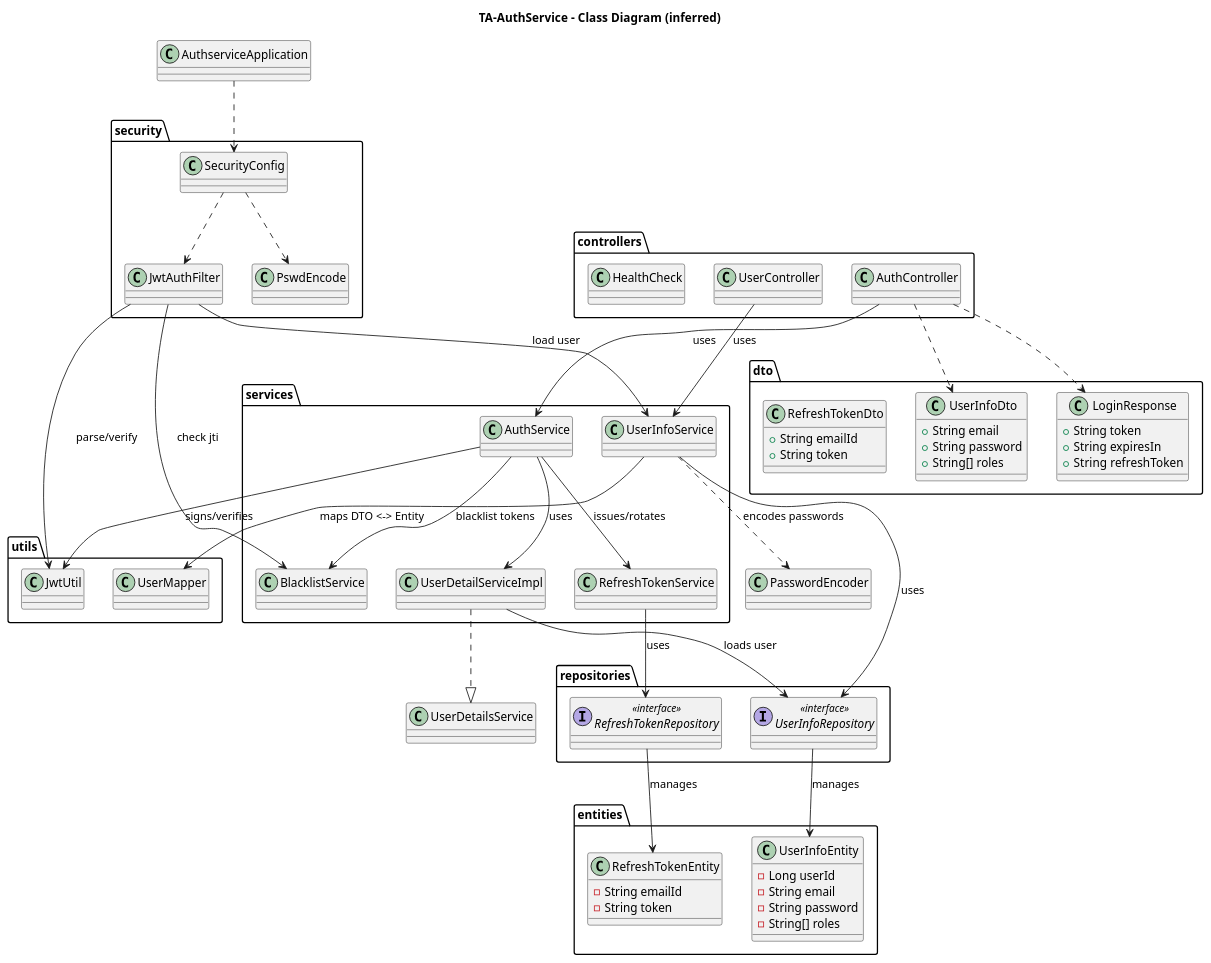
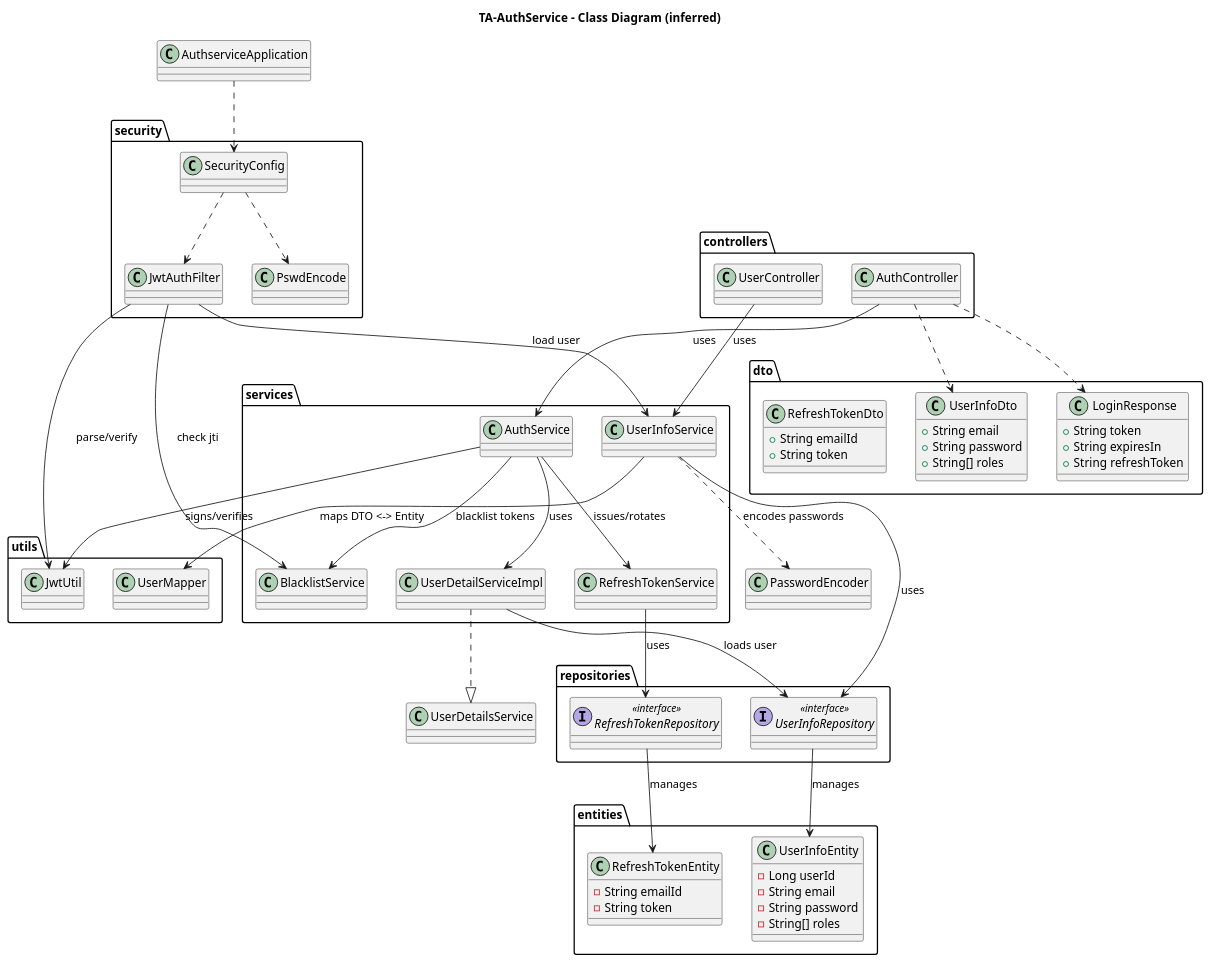
One commit to TA-Learn-boot/TA-AuthService changed the diagram in docs/class-diagram.puml. Above: the diagram before and after it, drawn with PlantUML. The commit also changed 5 other files, not shown here.

```diff
--- a/docs/class-diagram.puml
+++ b/docs/class-diagram.puml
@@ -1,98 +1,97 @@
 @startuml
 title TA-AuthService - Class Diagram (inferred)
 
 package controllers {
   class AuthController
   class UserController
-  class HealthCheck
 }
 
 package services {
   class AuthService
   class RefreshTokenService
   class UserInfoService
   class UserDetailServiceImpl
   class BlacklistService
 }
 
 package repositories {
   interface UserInfoRepository <<interface>>
   interface RefreshTokenRepository <<interface>>
 }
 
 package entities {
   class UserInfoEntity {
     - Long userId
     - String email
     - String password
     - String[] roles
   }
   class RefreshTokenEntity {
     - String emailId
     - String token
   }
 }
 
 package dto {
   class UserInfoDto {
     + String email
     + String password
     + String[] roles
   }
   class LoginResponse {
     + String token
     + String expiresIn
     + String refreshToken
   }
   class RefreshTokenDto {
     + String emailId
     + String token
   }
 }
 
 package utils {
   class JwtUtil
   class UserMapper
 }
 
 package security {
   class JwtAuthFilter
   class SecurityConfig
   class PswdEncode
 }
 
 class AuthserviceApplication
 
 ' Relationships
 AuthController --> AuthService : uses
 AuthController ..> UserInfoDto
 AuthController ..> LoginResponse
 
 UserController --> UserInfoService : uses
 
 AuthService --> UserDetailServiceImpl : uses
 AuthService --> JwtUtil : signs/verifies
 AuthService --> RefreshTokenService : issues/rotates
 AuthService --> BlacklistService : blacklist tokens
 
 RefreshTokenService --> RefreshTokenRepository : uses
 RefreshTokenRepository --> RefreshTokenEntity : manages
 
 UserInfoService --> UserInfoRepository : uses
 UserInfoService --> UserMapper : maps DTO <-> Entity
 UserInfoService ..> PasswordEncoder : encodes passwords
 
 UserDetailServiceImpl --> UserInfoRepository : loads user
 UserDetailServiceImpl ..|> UserDetailsService
 
 JwtAuthFilter --> JwtUtil : parse/verify
 JwtAuthFilter --> UserInfoService : load user
 JwtAuthFilter --> BlacklistService : check jti
 
 SecurityConfig ..> JwtAuthFilter
 SecurityConfig ..> PswdEncode
 AuthserviceApplication ..> SecurityConfig
 
 UserInfoRepository --> UserInfoEntity : manages
 
 @enduml
```
